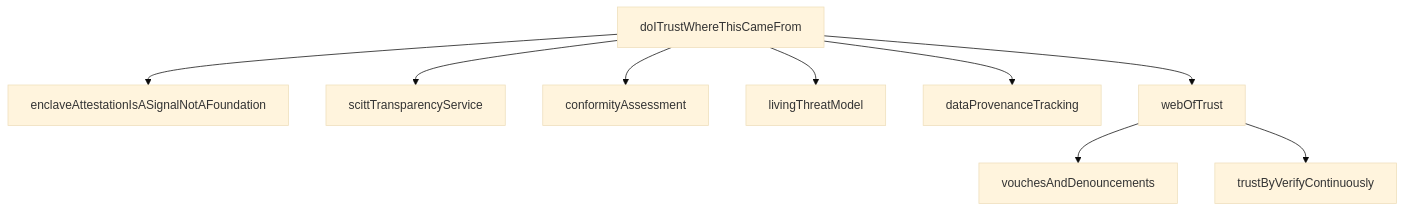
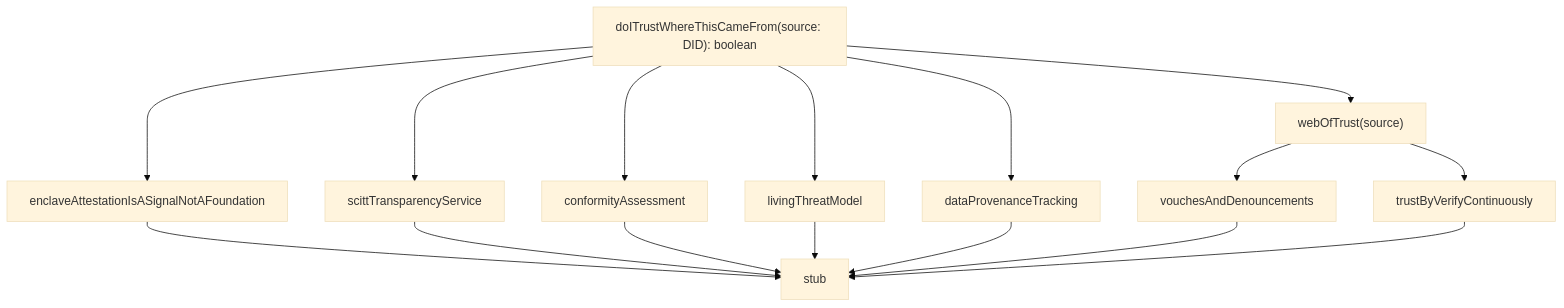
Before and after one commit to publicdomainrelay/open-architecture: the third of 9 diagrams in ARCHITECTURE_REPORT.md, drawn with Mermaid (base theme). The commit also changed other lines of this file and 3 other files, not shown here.

````diff
--- a/ARCHITECTURE_REPORT.md
+++ b/ARCHITECTURE_REPORT.md
@@ -222,11 +211,19 @@
 ```mermaid
 graph TD
-  doITrustWhereThisCameFrom --> enclaveAttestationIsASignalNotAFoundation
-  doITrustWhereThisCameFrom --> scittTransparencyService
-  doITrustWhereThisCameFrom --> conformityAssessment
-  doITrustWhereThisCameFrom --> livingThreatModel
-  doITrustWhereThisCameFrom --> dataProvenanceTracking
-  doITrustWhereThisCameFrom --> webOfTrust
-  webOfTrust --> vouchesAndDenouncements
-  webOfTrust --> trustByVerifyContinuously
+  doITrustWhereThisCameFrom["doITrustWhereThisCameFrom(source: DID): boolean"]
+  doITrustWhereThisCameFrom --> enclave
+  doITrustWhereThisCameFrom --> scitt
+  doITrustWhereThisCameFrom --> conformity
+  doITrustWhereThisCameFrom --> threatModel
+  doITrustWhereThisCameFrom --> provenance
+  doITrustWhereThisCameFrom --> wot["webOfTrust(source)"]
+  wot --> vouches
+  wot --> trustContinuous
+  enclave["enclaveAttestationIsASignalNotAFoundation"] --> stub
+  scitt["scittTransparencyService"] --> stub
+  conformity["conformityAssessment"] --> stub
+  threatModel["livingThreatModel"] --> stub
+  provenance["dataProvenanceTracking"] --> stub
+  vouches["vouchesAndDenouncements"] --> stub
+  trustContinuous["trustByVerifyContinuously"] --> stub
 ```
````
